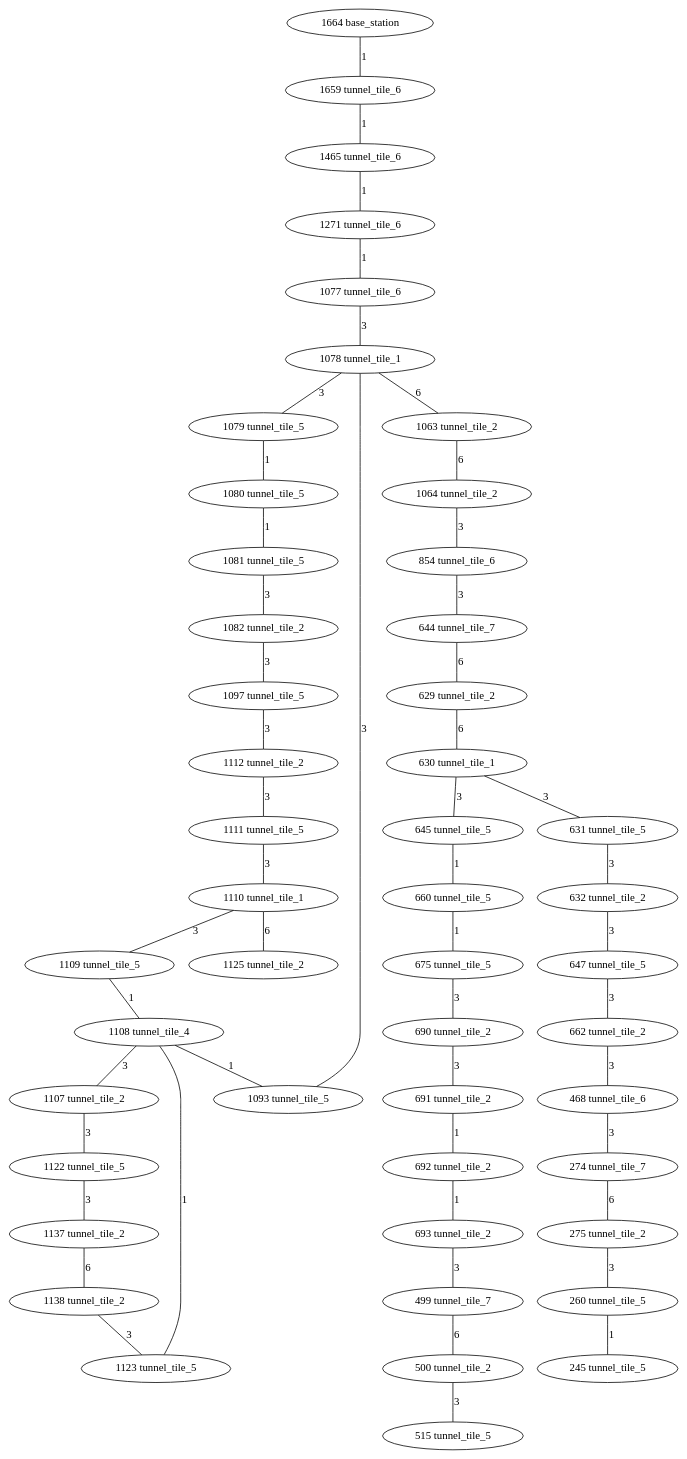
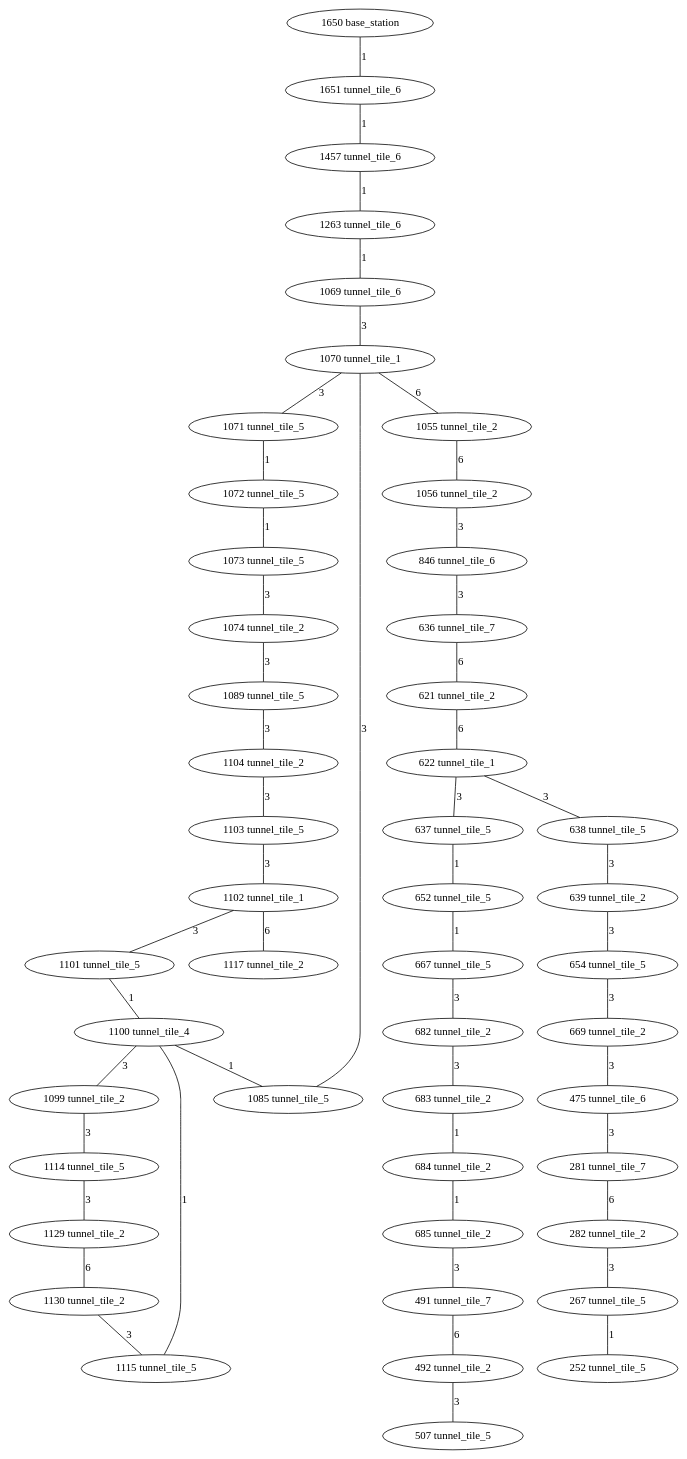
One commit to osrf/subt changed the diagram in subt_gazebo/worlds/tunnel_practice_1.dot. Above: the diagram before and after it, drawn with Graphviz. The commit also changed 7 other files, not shown here.

```diff
--- a/subt_gazebo/worlds/tunnel_practice_1.dot
+++ b/subt_gazebo/worlds/tunnel_practice_1.dot
@@ -1,184 +1,184 @@
 
 /* Visibility graph for tunnel_practice_1.world */
 
 /* SubT tunnel parameters   */
 /* <ATTRIBUTE> min_x -10.0  */
 /* <ATTRIBUTE> max_x 290.0  */
 /* <ATTRIBUTE> step_x 20.0  */
 /* <ATTRIBUTE> min_y -130.0 */
 /* <ATTRIBUTE> max_y 130.0  */
 /* <ATTRIBUTE> step_y 20.0  */
 /* <ATTRIBUTE> min_z -42.5  */
 /* <ATTRIBUTE> max_z  2.5   */
 /* <ATTRIBUTE> step_z 5     */
 
 graph {
   /* Vertices */
 
   /* Base station */
   /* (-8,0,0) */
-  1755 [label="1664 base_station"];
+  1650 [label="1650 base_station"];
   
   /* (20,0,-5) */
-  1659 [label="1659 tunnel_tile_6"];
+  1651 [label="1651 tunnel_tile_6"];
   /* ((40,0,-10) */
-  1465 [label="1465 tunnel_tile_6"];
+  1457 [label="1457 tunnel_tile_6"];
   /* (60,0,-15) */
-  1271 [label="1271 tunnel_tile_6"];
+  1263 [label="1263 tunnel_tile_6"];
   /* (80,0,-20) */
-  1077 [label="1077 tunnel_tile_6"];
+  1069 [label="1069 tunnel_tile_6"];
   /* (100,0,-20) */
-  1078 [label="1078 tunnel_tile_1"];
+  1070 [label="1070 tunnel_tile_1"];
   /* (120,0,-20) */
-  1079 [label="1079 tunnel_tile_5"];
+  1071 [label="1071 tunnel_tile_5"];
   /* (140,0,-20) */
-  1080 [label="1080 tunnel_tile_5"];
+  1072 [label="1072 tunnel_tile_5"];
   /* (160,0,-20) */
-  1081 [label="1081 tunnel_tile_5"];
+  1073 [label="1073 tunnel_tile_5"];
   /* (180,0,-20) */
-  1082 [label="1082 tunnel_tile_2"];
+  1074 [label="1074 tunnel_tile_2"];
   /* (180,20,-20) */
-  1097 [label="1097 tunnel_tile_5"];
+  1089 [label="1089 tunnel_tile_5"];
   /* (180,40,-20) */
-  1112 [label="1112 tunnel_tile_2"];
+  1104 [label="1104 tunnel_tile_2"];
   /* (160,40,-20) */
-  1111 [label="1111 tunnel_tile_5"];
+  1103 [label="1103 tunnel_tile_5"];
   /* (140,40,-20) */
-  1110 [label="1110 tunnel_tile_1"];
+  1102 [label="1102 tunnel_tile_1"];
   /* ((120,40,-20) */
-  1109 [label="1109 tunnel_tile_5"];
+  1101 [label="1101 tunnel_tile_5"];
   
   /* (100,40,-20) */
-  1108 [label="1108 tunnel_tile_4"];
+  1100 [label="1100 tunnel_tile_4"];
   
   /* (80,40,-20) */
-  1107  [label="1107 tunnel_tile_2"];
+  1099 [label="1099 tunnel_tile_2"];
   /* (80,60,-20) */
-  1122 [label="1122 tunnel_tile_5"];
+  1114 [label="1114 tunnel_tile_5"];
   /* (80,80,-20) */
-  1137 [label="1137 tunnel_tile_2"];
+  1129 [label="1129 tunnel_tile_2"];
   /* (100,80,-20) */
-  1138 [label="1138 tunnel_tile_2"];
+  1130 [label="1130 tunnel_tile_2"];
   /* (100,60,-20) */
-  1123 [label="1123 tunnel_tile_5"];
+  1115 [label="1115 tunnel_tile_5"];
   /* (100,20,-20) */
-  1093 [label="1093 tunnel_tile_5"];
+  1085 [label="1085 tunnel_tile_5"];
   /* (140,60,-20) */
-  1125 [label="1125 tunnel_tile_2"];
+  1117 [label="1117 tunnel_tile_2"];
   /* (100,-20,-20) */
-  1063 [label="1063 tunnel_tile_2"];
+  1055 [label="1055 tunnel_tile_2"];
   /* (120,-20,-20) */
-  1064 [label="1064 tunnel_tile_2"];
+  1056 [label="1056 tunnel_tile_2"];
   /* (120,-40,-25) */
-  854 [label="854 tunnel_tile_6"];
+  846 [label="846 tunnel_tile_6"];
   /* (120,-60,-30) */
-  644 [label="644 tunnel_tile_7"];
+  636 [label="636 tunnel_tile_7"];
   /* (120,-80,-30) */
-  629 [label="629 tunnel_tile_2"];
+  621 [label="621 tunnel_tile_2"];
   /* (140,-80,-30) */
-  630 [label="630 tunnel_tile_1"];
+  622 [label="622 tunnel_tile_1"];
   /* (140,-60,-30) */
-  645 [label="645 tunnel_tile_5"];
+  637 [label="637 tunnel_tile_5"];
   /* (140,-40,-30) */
-  660 [label="660 tunnel_tile_5"];
+  652 [label="652 tunnel_tile_5"];
   /* (140,-20,-30) */
-  675 [label="675 tunnel_tile_5"];
+  667 [label="667 tunnel_tile_5"];
   /* (140,0,-30) */
-  690 [label="690 tunnel_tile_2"];
+  682 [label="682 tunnel_tile_2"];
   /* (160,0,-30) */
-  691 [label="691 tunnel_tile_2"];
+  683 [label="683 tunnel_tile_2"];
   /* (180,0,-30) */
-  692 [label="692 tunnel_tile_2"];
+  684 [label="684 tunnel_tile_2"];
   /* (200,0,-30) */
-  693 [label="693 tunnel_tile_2"];
+  685 [label="685 tunnel_tile_2"];
   /* (220,0,-35) */
-  499 [label="499 tunnel_tile_7"];
+  491 [label="491 tunnel_tile_7"];
   /* (240,0,-35) */
-  500 [label="500 tunnel_tile_2"];
+  492 [label="492 tunnel_tile_2"];
   /* (240,20,-35) */
-  515 [label="515 tunnel_tile_5"];
+  507 [label="507 tunnel_tile_5"];
   /* (160,-80,-30) */
-  631 [label="631 tunnel_tile_5"];
+  638 [label="638 tunnel_tile_5"];
   /* (180,-80,-30) */
-  632 [label="632 tunnel_tile_2"];
+  639 [label="639 tunnel_tile_2"];
   /* (180,-60,-30) */
-  647 [label="647 tunnel_tile_5"];
+  654 [label="654 tunnel_tile_5"];
   /* (180,-40,-30) */
-  662 [label="662 tunnel_tile_2"];
+  669 [label="669 tunnel_tile_2"];
   /* (200,-40,-35) */
-  468 [label="468 tunnel_tile_6"];
+  475 [label="475 tunnel_tile_6"];
   /* (220,-40,-40) */
-  274 [label="274 tunnel_tile_7"];
+  281 [label="281 tunnel_tile_7"];
   /* (240,-40,-40) */
-  275 [label="275 tunnel_tile_2"];
+  282 [label="282 tunnel_tile_2"];
   /* (240,-60,-40) */
-  260 [label="260 tunnel_tile_5"];
+  267 [label="267 tunnel_tile_5"];
   /* (240,-80,-40) */
-  245 [label="245 tunnel_tile_5"];
+  252 [label="252 tunnel_tile_5"];
 
   /* Edges */
 
   /* Base station */
-  1755 -- 1659 [label=1]
+  1650 -- 1651 [label=1]
 
-  1659 -- 1465 [label=1];
-  1465 -- 1271 [label=1];
-  1271 -- 1077  [label=1];
-  1077  -- 1078  [label=3];
+  1651 -- 1457 [label=1];
+  1457 -- 1263 [label=1];
+  1263 -- 1069  [label=1];
+  1069  -- 1070  [label=3];
   
   /* Intersection */
-  1078 -- 1079  [label=3];
-  1078 -- 1093  [label=3];
-  1078 -- 1063  [label=6];
+  1070 -- 1071  [label=3];
+  1070 -- 1085  [label=3];
+  1070 -- 1055  [label=6];
      
-  1079 -- 1080  [label=1];
-  1080 -- 1081  [label=1];
-  1081 -- 1082  [label=3];
-  1082 -- 1097  [label=3];
-  1097 -- 1112  [label=3];
-  1112 -- 1111  [label=3];
-  1111 -- 1110  [label=3];
+  1071 -- 1072  [label=1];
+  1072 -- 1073  [label=1];
+  1073 -- 1074  [label=3];
+  1074 -- 1089  [label=3];
+  1089 -- 1104  [label=3];
+  1104 -- 1103  [label=3];
+  1103 -- 1102  [label=3];
 
   /* Intersection */
-  1110 -- 1109  [label=3];
-  1110 -- 1125  [label=6];
-  1109 -- 1108  [label=1];
+  1102 -- 1101  [label=3];
+  1102 -- 1117  [label=6];
+  1101 -- 1100  [label=1];
 
   /* Intersection */
-  1108  -- 1107  [label=3];
-  1108  -- 1123  [label=1];
-  1108  -- 1093  [label=1];
+  1100  -- 1099  [label=3];
+  1100  -- 1115  [label=1];
+  1100  -- 1085  [label=1];
  
-  1107  -- 1122  [label=3];
-  1122  -- 1137  [label=3];
-  1137  -- 1138  [label=6];
-  1138  -- 1123  [label=3];
-  1063  -- 1064  [label=6];
-  1064  -- 854  [label=3];
-  854  -- 644  [label=3];
-  644  -- 629  [label=6];
-  629  -- 630  [label=6];
+  1099  -- 1114  [label=3];
+  1114  -- 1129  [label=3];
+  1129  -- 1130  [label=6];
+  1130  -- 1115  [label=3];
+  1055  -- 1056  [label=6];
+  1056  -- 846  [label=3];
+  846  -- 636  [label=3];
+  636  -- 621  [label=6];
+  621  -- 622  [label=6];
 
   /* Intersection */
-  630  -- 645  [label=3];
-  630  -- 631  [label=3];
+  622  -- 637  [label=3];
+  622  -- 638  [label=3];
  
-  645  -- 660  [label=1];
-  660  -- 675  [label=1];
-  675  -- 690  [label=3];
-  690  -- 691  [label=3];
-  691  -- 692  [label=1];
-  692  -- 693  [label=1];
-  693  -- 499  [label=3];
-  499  -- 500  [label=6];
-  500  -- 515  [label=3];
+  637  -- 652  [label=1];
+  652  -- 667  [label=1];
+  667  -- 682  [label=3];
+  682  -- 683  [label=3];
+  683  -- 684  [label=1];
+  684  -- 685  [label=1];
+  685  -- 491  [label=3];
+  491  -- 492  [label=6];
+  492  -- 507  [label=3];
  
-  631  -- 632  [label=3];
-  632  -- 647  [label=3];
-  647  -- 662  [label=3];
-  662  -- 468  [label=3];
-  468  -- 274   [label=3];
-  274   -- 275   [label=6];
-  275   -- 260   [label=3];
-  260   -- 245   [label=1];
+  638  -- 639  [label=3];
+  639  -- 654  [label=3];
+  654  -- 669  [label=3];
+  669  -- 475  [label=3];
+  475  -- 281   [label=3];
+  281   -- 282   [label=6];
+  282   -- 267   [label=3];
+  267   -- 252   [label=1];
 }
```
